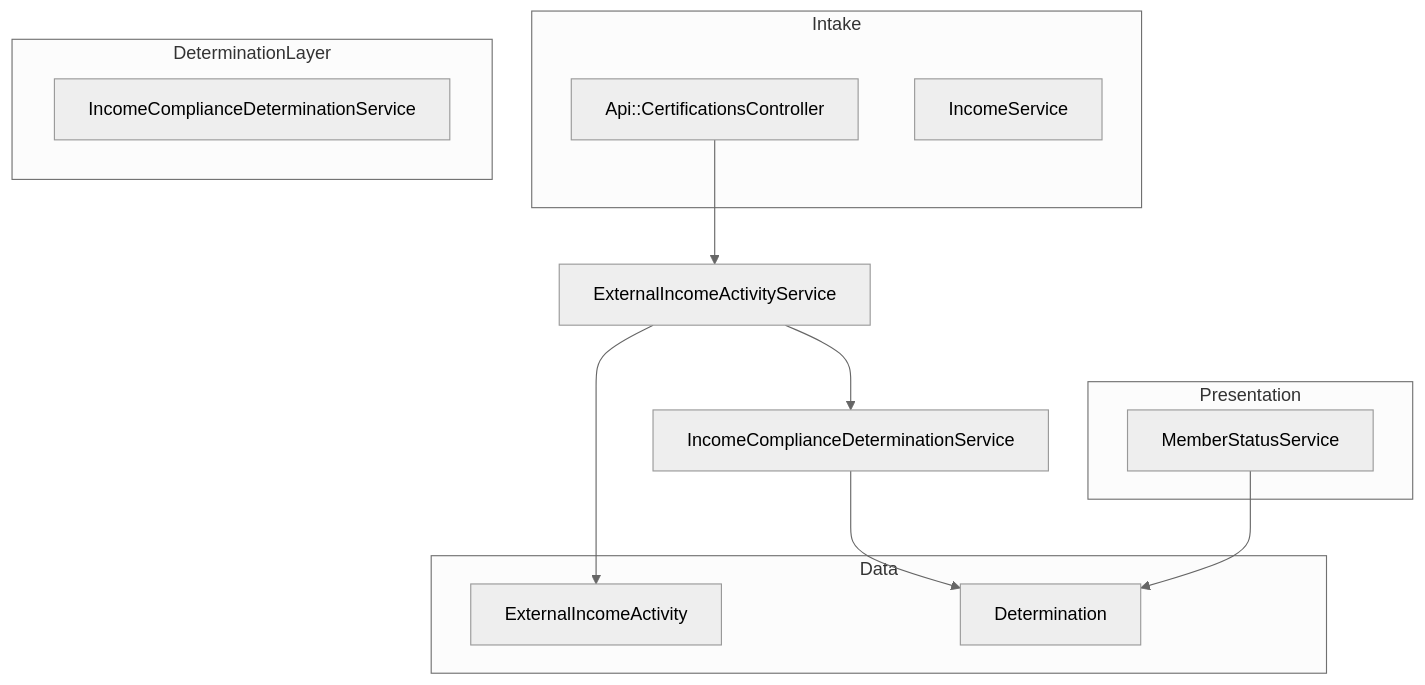
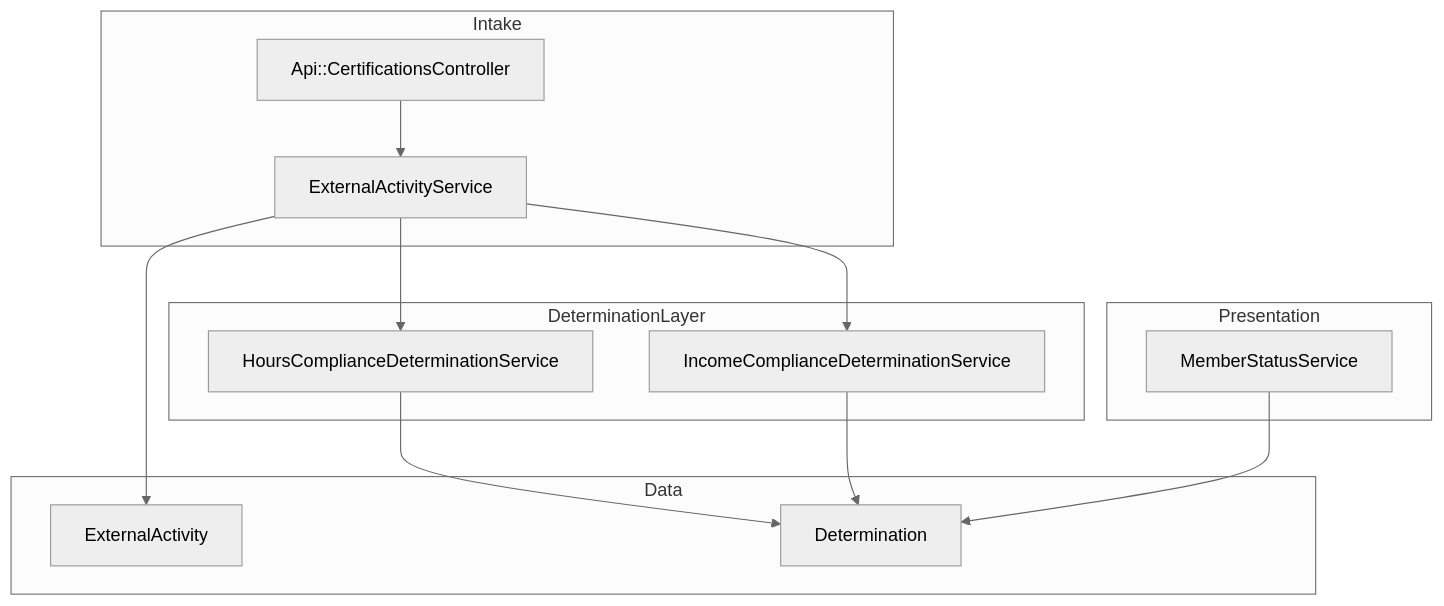
Before and after one commit to navapbc/oscer: the second of 2 diagrams in docs/architecture/income-data/income-data.md, drawn with Mermaid (neutral theme). The commit also changed other lines of this file and 49 other files, not shown here.

First line of the commit message:
PBI-70969: switch to single external activity service (#895)

````diff
--- a/docs/architecture/income-data/income-data.md
+++ b/docs/architecture/income-data/income-data.md
@@ -66,26 +66,29 @@
 ```mermaid
 flowchart TB
     subgraph Intake
         CertAPI[Api::CertificationsController]
-        IncomeService[IncomeService]
+        ExternalActivityService[ExternalActivityService]
     end
 
     subgraph Data
-        ExternalIncomeActivity[ExternalIncomeActivity]
+        ExternalActivity[ExternalActivity]
         Determination[Determination]
     end
 
     subgraph DeterminationLayer
-        IncomeComplianceService[IncomeComplianceDeterminationService]
+        HoursComplianceDeterminationService[HoursComplianceDeterminationService]
+        IncomeComplianceDeterminationService[IncomeComplianceDeterminationService]
     end
 
     subgraph Presentation
         MemberStatus[MemberStatusService]
     end
 
-    CertAPI --> ExternalIncomeActivityService
-    ExternalIncomeActivityService --> ExternalIncomeActivity
-    ExternalIncomeActivityService --> IncomeComplianceDeterminationService
+    CertAPI --> ExternalActivityService
+    ExternalActivityService --> ExternalActivity
+    ExternalActivityService --> HoursComplianceDeterminationService
+    ExternalActivityService --> IncomeComplianceDeterminationService
+    HoursComplianceDeterminationService --> Determination
     IncomeComplianceDeterminationService --> Determination
     MemberStatus --> Determination
 ```
````
